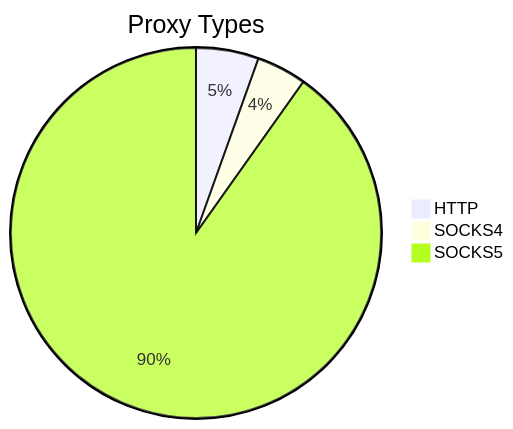
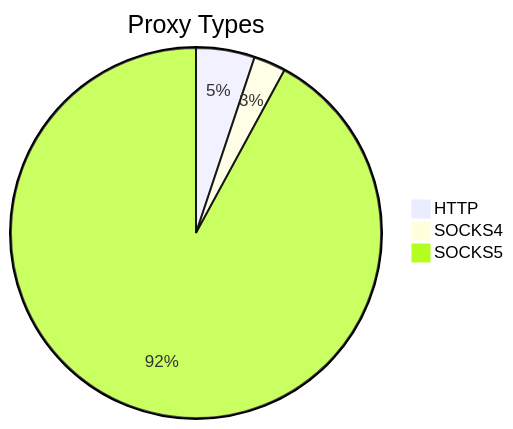
Before and after one commit to stormsia/proxy-list: the first of 2 diagrams in README.md, drawn with Mermaid. The commit also changed other lines of this file, not shown here.

````diff
--- a/README.md
+++ b/README.md
@@ -21,6 +21,6 @@
 ```mermaid
 pie title Proxy Types
-    "HTTP" : 89
-    "SOCKS4" : 71
-    "SOCKS5" : 1468
+    "HTTP" : 75
+    "SOCKS4" : 41
+    "SOCKS5" : 1349
 ```
````
